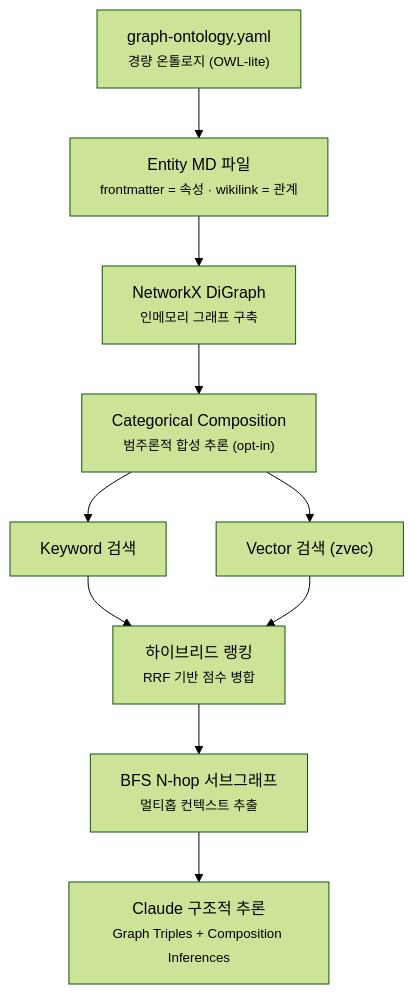
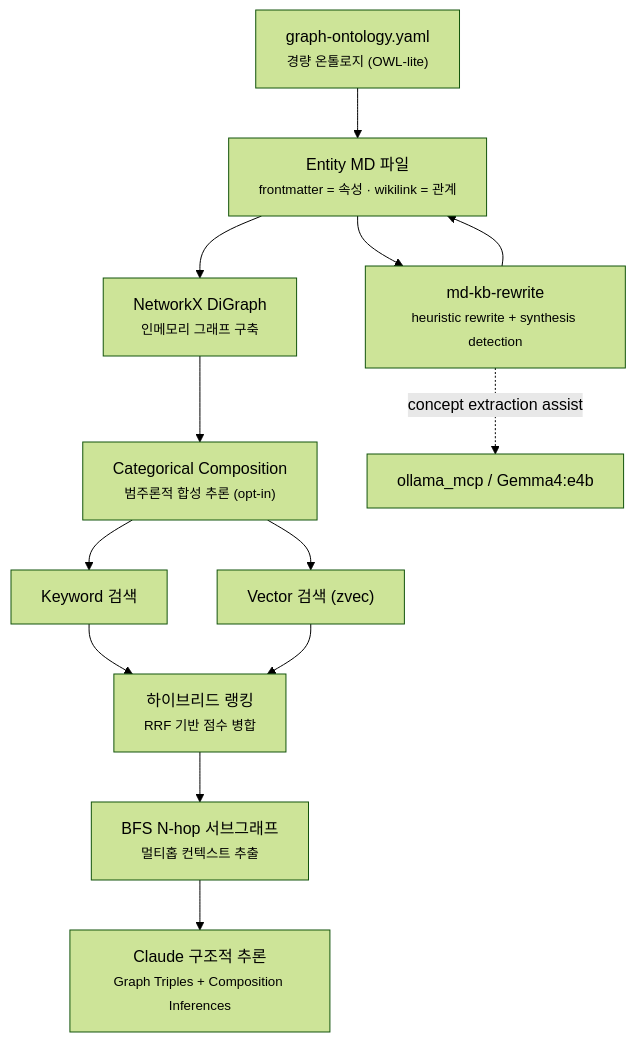
Before and after one commit to WMJOON/markdown-scaffolding-multihop: the first of 2 diagrams in README.md, drawn with Mermaid (forest theme). The commit also changed other lines of this file and 3 other files, not shown here.

Commit message:
Release v0.1.4 wrapper rewrite layer and ollama MCP support

````diff
--- a/README.md
+++ b/README.md
@@ -45,12 +49,15 @@
 ```mermaid
 flowchart TD
     A["graph-ontology.yaml<br/><small>경량 온톨로지 (OWL-lite)</small>"] --> B["Entity MD 파일<br/><small>frontmatter = 속성 · wikilink = 관계</small>"]
     B --> C["NetworkX DiGraph<br/><small>인메모리 그래프 구축</small>"]
     C --> C2["Categorical Composition<br/><small>범주론적 합성 추론 (opt-in)</small>"]
     C2 --> D["Keyword 검색"]
     C2 --> E["Vector 검색 (zvec)"]
     D --> F["하이브리드 랭킹<br/><small>RRF 기반 점수 병합</small>"]
     E --> F
     F --> G["BFS N-hop 서브그래프<br/><small>멀티홉 컨텍스트 추출</small>"]
     G --> H["Claude 구조적 추론<br/><small>Graph Triples + Composition Inferences</small>"]
+    B --> I["md-kb-rewrite<br/><small>heuristic rewrite + synthesis detection</small>"]
+    I --> B
+    I -. "concept extraction assist" .-> J["ollama_mcp / Gemma4:e4b"]
 ```
````
